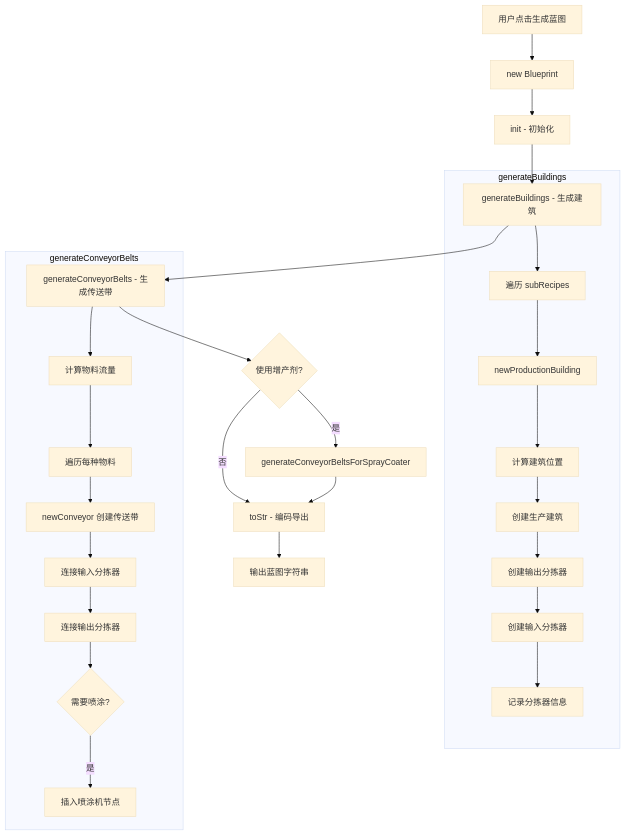
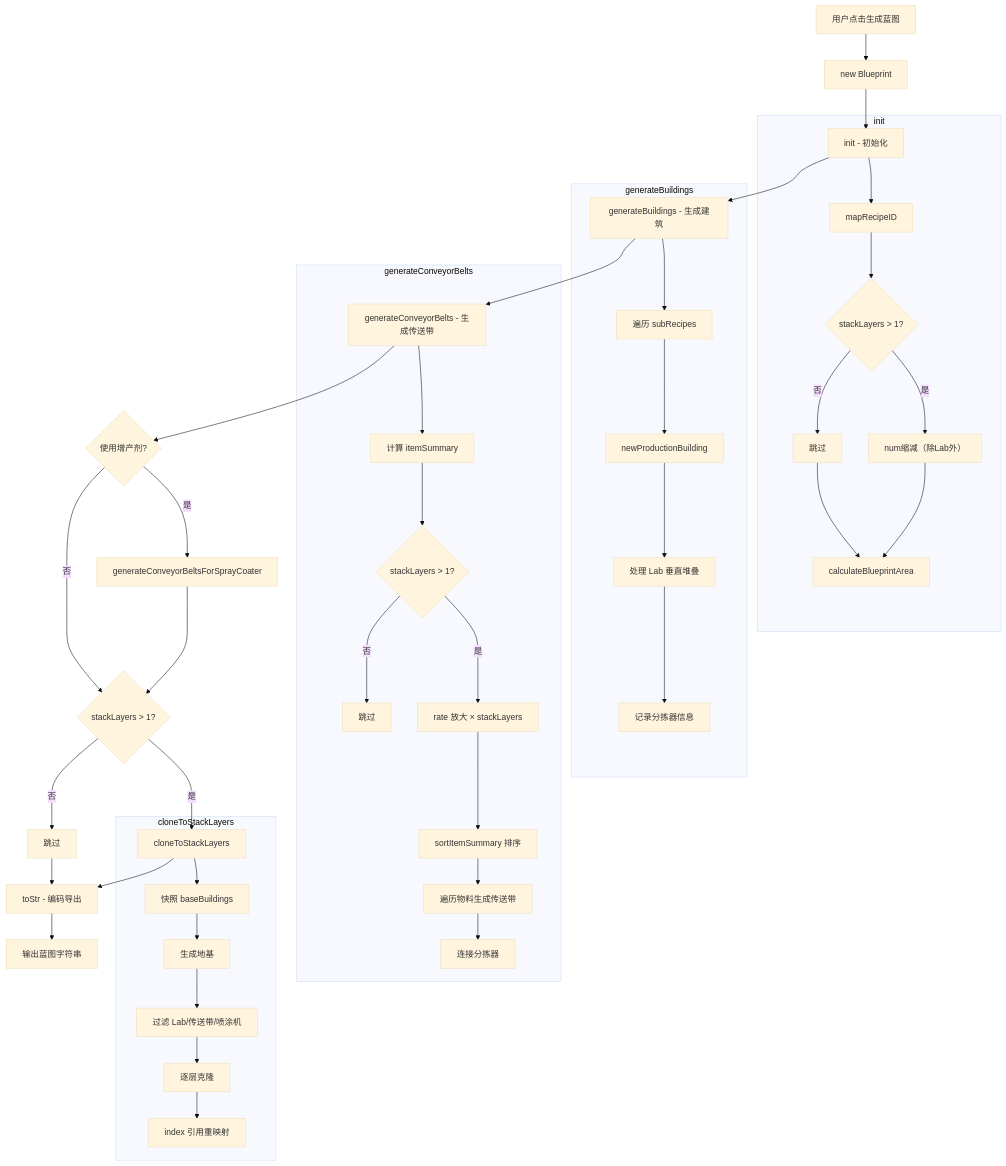
One commit to 793383996/DSQ changed the first of 3 diagrams in Scripts/localDocs/蓝图说明.md. Above: the diagram before and after it, drawn with Mermaid (base theme). The commit also changed other lines of this file and 7 other files, not shown here.

First line of the commit message:
feat: 实现蓝图堆叠模块(方案A)和完整文档

````diff
--- a/Scripts/localDocs/蓝图说明.md
+++ b/Scripts/localDocs/蓝图说明.md
@@ -171,32 +435,57 @@
 ```mermaid
 flowchart TD
     A[用户点击生成蓝图] --> B[new Blueprint]
     B --> C[init - 初始化]
+    
+    subgraph init
+        C --> C1[mapRecipeID]
+        C1 --> C2{stackLayers > 1?}
+        C2 -->|是| C3[num缩减（除Lab外）]
+        C2 -->|否| C4[跳过]
+        C3 --> C5[calculateBlueprintArea]
+        C4 --> C5
+    end
+    
     C --> D[generateBuildings - 生成建筑]
-    D --> E[generateConveyorBelts - 生成传送带]
-    E --> F{使用增产剂?}
-    F -->|是| G[generateConveyorBeltsForSprayCoater]
-    F -->|否| H[toStr - 编码导出]
-    G --> H
-    H --> I[输出蓝图字符串]
     
     subgraph generateBuildings
         D --> D1[遍历 subRecipes]
         D1 --> D2[newProductionBuilding]
-        D2 --> D3[计算建筑位置]
-        D3 --> D4[创建生产建筑]
-        D4 --> D5[创建输出分拣器]
-        D5 --> D6[创建输入分拣器]
-        D6 --> D7[记录分拣器信息]
+        D2 --> D3[处理 Lab 垂直堆叠]
+        D3 --> D4[记录分拣器信息]
     end
     
+    D --> E[generateConveyorBelts - 生成传送带]
+    
     subgraph generateConveyorBelts
-        E --> E1[计算物料流量]
-        E1 --> E2[遍历每种物料]
-        E2 --> E3[newConveyor 创建传送带]
-        E3 --> E4[连接输入分拣器]
-        E4 --> E5[连接输出分拣器]
-        E5 --> E6{需要喷涂?}
-        E6 -->|是| E7[插入喷涂机节点]
+        E --> E1[计算 itemSummary]
+        E1 --> E2{stackLayers > 1?}
+        E2 -->|是| E3[rate 放大 × stackLayers]
+        E2 -->|否| E4[跳过]
+        E3 --> E5[sortItemSummary 排序]
+        E5 --> E6[遍历物料生成传送带]
+        E6 --> E7[连接分拣器]
     end
+    
+    E --> F{使用增产剂?}
+    
+    F -->|是| G[generateConveyorBeltsForSprayCoater]
+    F -->|否| H{stackLayers > 1?}
+    
+    G --> H
+    
+    H -->|是| I[cloneToStackLayers]
+    H -->|否| J[跳过]
+    
+    subgraph cloneToStackLayers
+        I --> I1[快照 baseBuildings]
+        I1 --> I2[生成地基]
+        I2 --> I3[过滤 Lab/传送带/喷涂机]
+        I3 --> I4[逐层克隆]
+        I4 --> I5[index 引用重映射]
+    end
+    
+    I --> J1[toStr - 编码导出]
+    J --> J1
+    J1 --> K[输出蓝图字符串]
 ```
````
